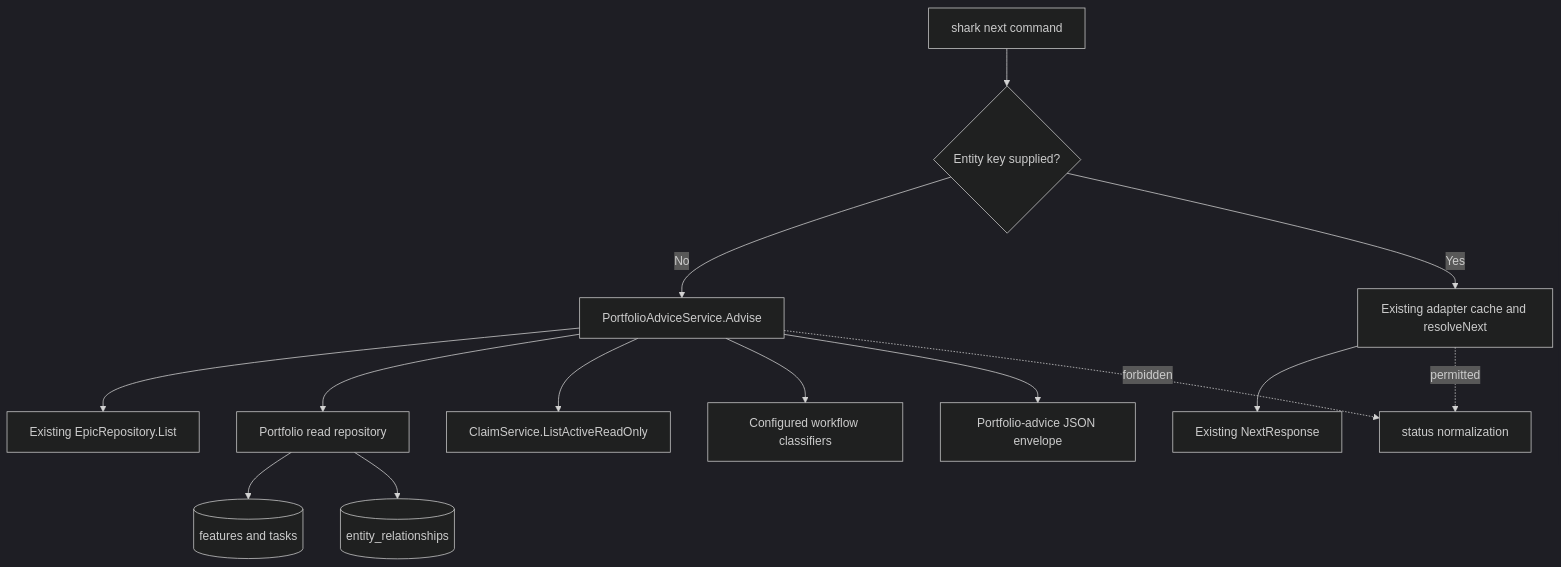
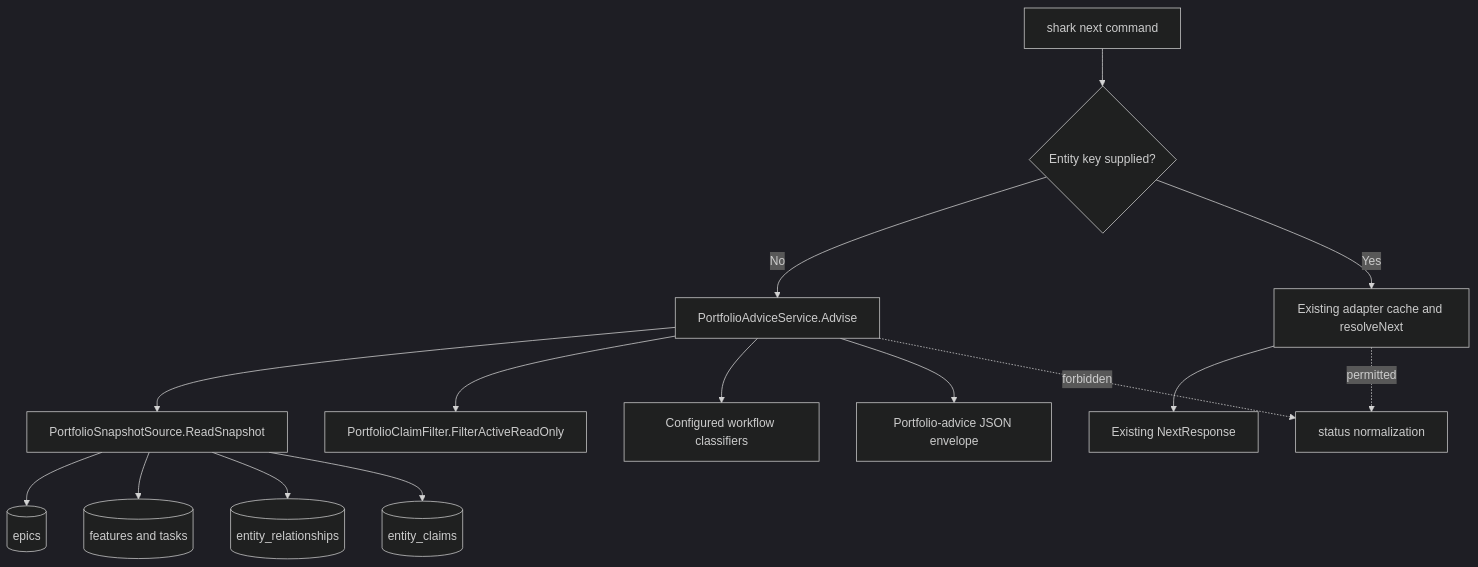
One commit to jwwelbor/shark-task-manager changed the diagram in docs/plan/E36-project-layer-and-consult-bridge/E36-F04-portfolio-aware-next-action-advisor/spec.md. Above: the diagram before and after it, drawn with Mermaid (dark theme). The commit also changed other lines of this file and 53 other files, not shown here.

First line of the commit message:
feat(plan/portfolio): epic-tie evidence gate and cascade-aware repository fixes for E36-F04 (#141)

````diff
--- a/docs/plan/E36-project-layer-and-consult-bridge/E36-F04-portfolio-aware-next-action-advisor/spec.md
+++ b/docs/plan/E36-project-layer-and-consult-bridge/E36-F04-portfolio-aware-next-action-advisor/spec.md
@@ -127,16 +127,17 @@
 ```mermaid
 flowchart TD
     CLI[shark next command] --> Arg{Entity key supplied?}
     Arg -->|No| Advice[PortfolioAdviceService.Advise]
-    Advice --> Epics[Existing EpicRepository.List]
-    Advice --> Snapshot[Portfolio read repository]
-    Advice --> Claims[ClaimService.ListActiveReadOnly]
+    Advice --> Snapshot[PortfolioSnapshotSource.ReadSnapshot]
+    Advice --> Claims[PortfolioClaimFilter.FilterActiveReadOnly]
     Advice --> Workflow[Configured workflow classifiers]
+    Snapshot --> Epics[(epics)]
     Snapshot --> ChildState[(features and tasks)]
     Snapshot --> Relations[(entity_relationships)]
+    Snapshot --> ClaimRows[(entity_claims)]
     Advice --> Envelope[Portfolio-advice JSON envelope]
     Arg -->|Yes| Keyed[Existing adapter cache and resolveNext]
     Keyed --> Dispatch[Existing NextResponse]
     Keyed -. permitted .-> Mutations[status normalization]
     Advice -. forbidden .-> Mutations
 ```
````
